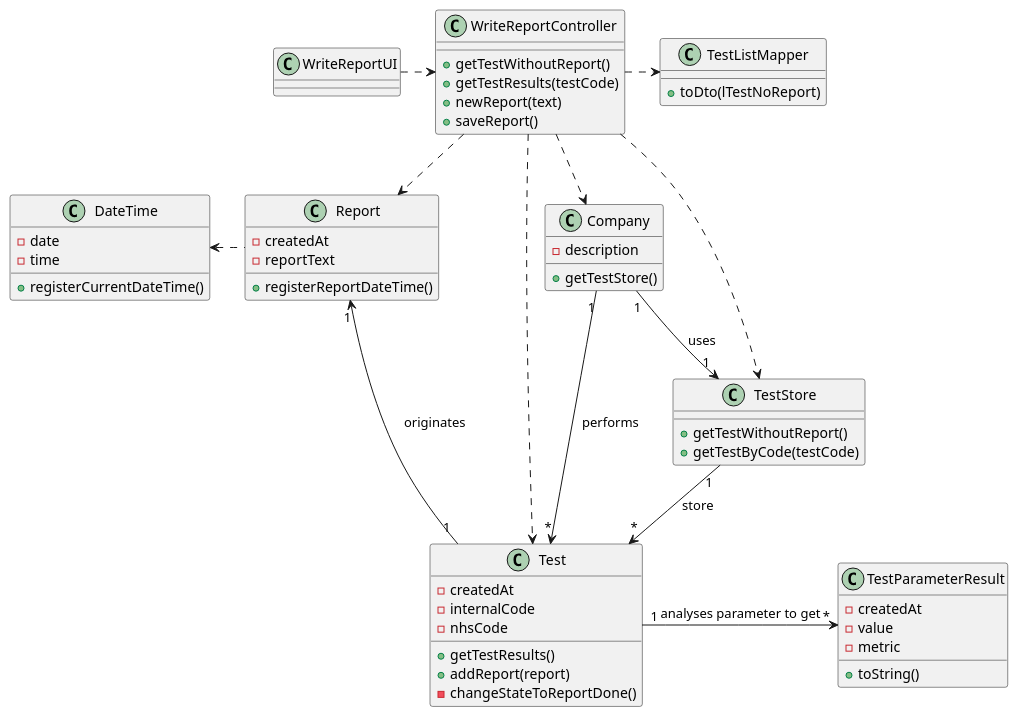
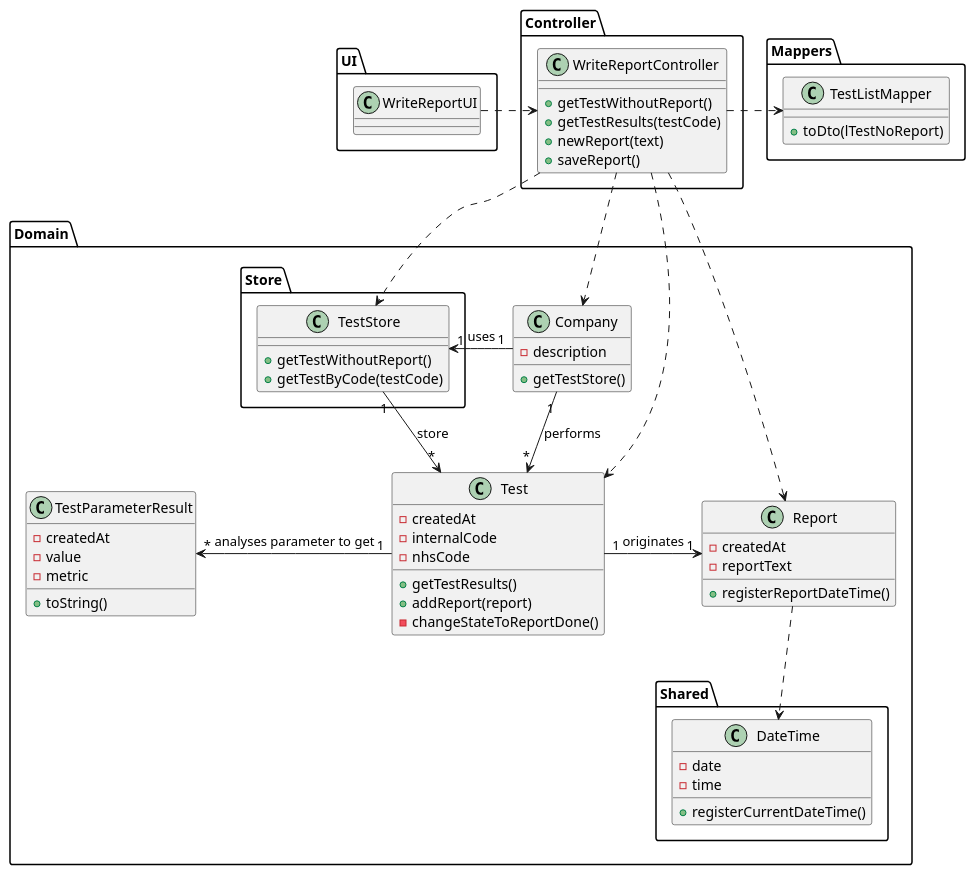
Before and after one commit to GuilhermeCunha79/lapr2: the diagram in docs/SprintC/US14/US14_CD.puml, drawn with PlantUML. The commit also changed 6 other files, not shown here.

Commit message:
[US14] Added packages to US14 class diagram [Implementation] Added code to allow the receptionist to select from which lab he/she is working from

```diff
--- a/docs/SprintC/US14/US14_CD.puml
+++ b/docs/SprintC/US14/US14_CD.puml
@@ -1,68 +1,77 @@
 @startuml
 
+package UI {
 class WriteReportUI {
 }
+}
 
+package Controller {
 class WriteReportController {
     +getTestWithoutReport()
     +getTestResults(testCode)
     +newReport(text)
     +saveReport()
 }
+}
 
+package Domain {
 class Company {
     -description
     +getTestStore()
 }
-
+package Store {
 class TestStore {
     +getTestWithoutReport()
     +getTestByCode(testCode)
 }
-
-class TestListMapper {
-    +toDto(lTestNoReport)
 }
-
 class Test {
     -createdAt
     -internalCode
     -nhsCode
     +getTestResults()
     +addReport(report)
     -changeStateToReportDone()
 }
 
 class TestParameterResult {
     -createdAt
     -value
     -metric
     +toString()
 }
 
 class Report {
     -createdAt
     -reportText
     +registerReportDateTime()
 }
-
+package Shared {
 class DateTime {
     -date
     -time
     +registerCurrentDateTime()
+}
+}
+}
+
+package Mappers {
+class TestListMapper {
+    +toDto(lTestNoReport)
+}
 }
 
 WriteReportUI .right.> WriteReportController
 WriteReportController ..> Company
 WriteReportController ..> TestStore
 WriteReportController .right.> TestListMapper
 WriteReportController ..> Test
 WriteReportController ..> Report
 Company"1" --> "*"Test : "performs"
-Company"1" --> "1"TestStore : "uses"
+Company"1" -left-> "1"TestStore : "uses"
 TestStore"1" --> "*"Test : "store"
 Test"1" -left-> "1"Report : "originates"
-Test"1" -right-> "*"TestParameterResult : "analyses parameter to get"
-Report .left.> DateTime
+Test"1" -left-> "*"TestParameterResult : "analyses parameter to get"
+Report ..> DateTime
 
 @enduml
```
